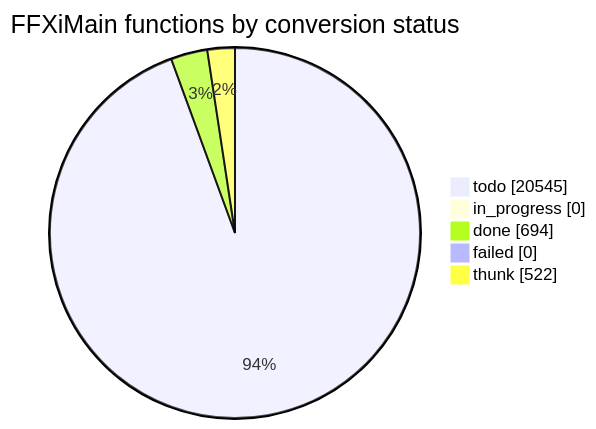
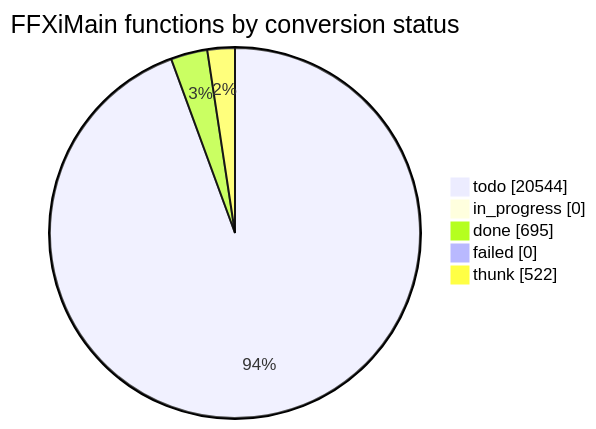
One commit to cowrevenge/cow_kuluu_xi_anything changed the diagram in docs/cow/STATUS.md. Above: the diagram before and after it, drawn with Mermaid. The commit also changed other lines of this file and 9 other files, not shown here.

````diff
--- a/docs/cow/STATUS.md
+++ b/docs/cow/STATUS.md
@@ -18,9 +18,9 @@
 ```mermaid
 pie showData
     title FFXiMain functions by conversion status
-    "todo" : 20545
+    "todo" : 20544
     "in_progress" : 0
-    "done" : 694
+    "done" : 695
     "failed" : 0
     "thunk" : 522
 ```
````
